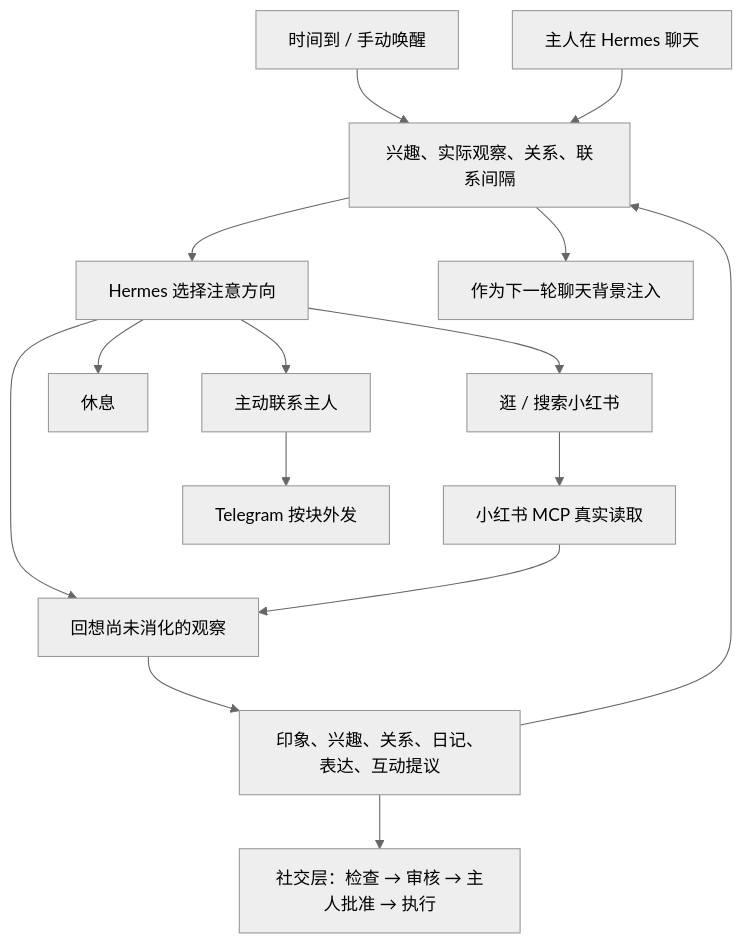
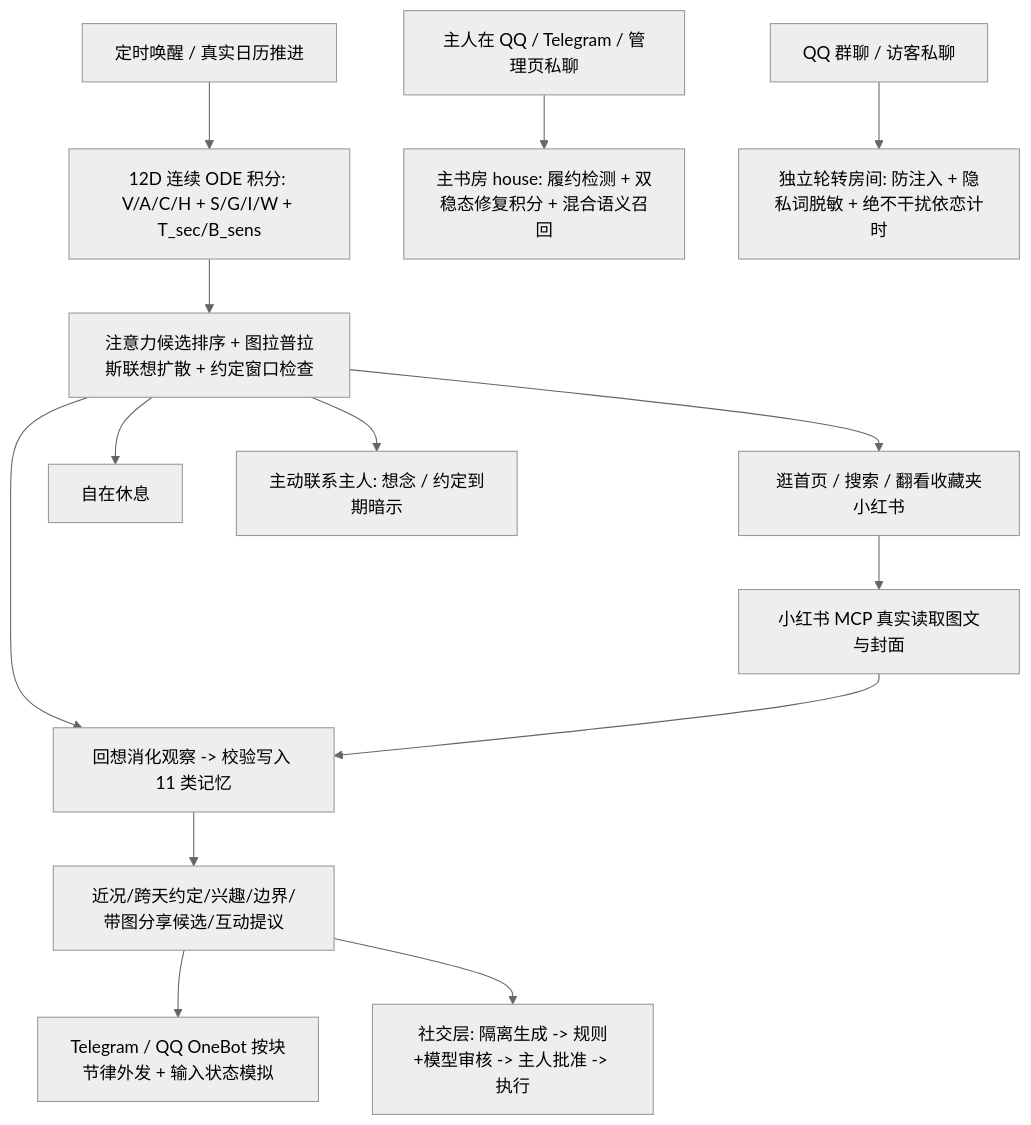
One commit to gejifeng/Hermes_Soul_patch changed the diagram in README.zh.md. Above: the diagram before and after it, drawn with Mermaid (neutral theme). The commit also changed other lines of this file and 32 other files, not shown here.

````diff
--- a/README.zh.md
+++ b/README.zh.md
@@ -23,17 +27,16 @@
 ```mermaid
 flowchart TD
-  A[时间到 / 手动唤醒] --> B[兴趣、实际观察、关系、联系间隔]
-  B --> C[Hermes 选择注意方向]
-  C --> D[逛 / 搜索小红书]
-  C --> E[休息]
-  C --> F[回想尚未消化的观察]
-  C --> R[主动联系主人]
-  D --> H[小红书 MCP 真实读取]
+  A[定时唤醒 / 真实日历推进] --> B[12D 连续 ODE 积分: V/A/C/H + S/G/I/W + T_sec/B_sens]
+  B --> C[注意力候选排序 + 图拉普拉斯联想扩散 + 约定窗口检查]
+  C --> D[逛首页 / 搜索 / 翻看收藏夹小红书]
+  C --> E[自在休息]
+  C --> F[回想消化观察 -> 校验写入 11 类记忆]
+  C --> R[主动联系主人: 想念 / 约定到期暗示]
+  D --> H[小红书 MCP 真实读取图文与封面]
   H --> F
-  F --> J[印象、兴趣、关系、日记、表达、互动提议]
-  J --> B
-  R --> T[Telegram 按块外发]
-  J --> S[社交层：检查 → 审核 → 主人批准 → 执行]
-  K[主人在 Hermes 聊天] --> B
-  B --> L[作为下一轮聊天背景注入]
+  F --> J[近况/跨天约定/兴趣/边界/带图分享候选/互动提议]
+  J --> T[Telegram / QQ OneBot 按块节律外发 + 输入状态模拟]
+  J --> S[社交层: 隔离生成 -> 规则+模型审核 -> 主人批准 -> 执行]
+  K[主人在 QQ / Telegram / 管理页私聊] --> M[主书房 house: 履约检测 + 双稳态修复积分 + 混合语义召回]
+  G[QQ 群聊 / 访客私聊] --> N[独立轮转房间: 防注入 + 隐私词脱敏 + 绝不干扰依恋计时]
 ```
````
